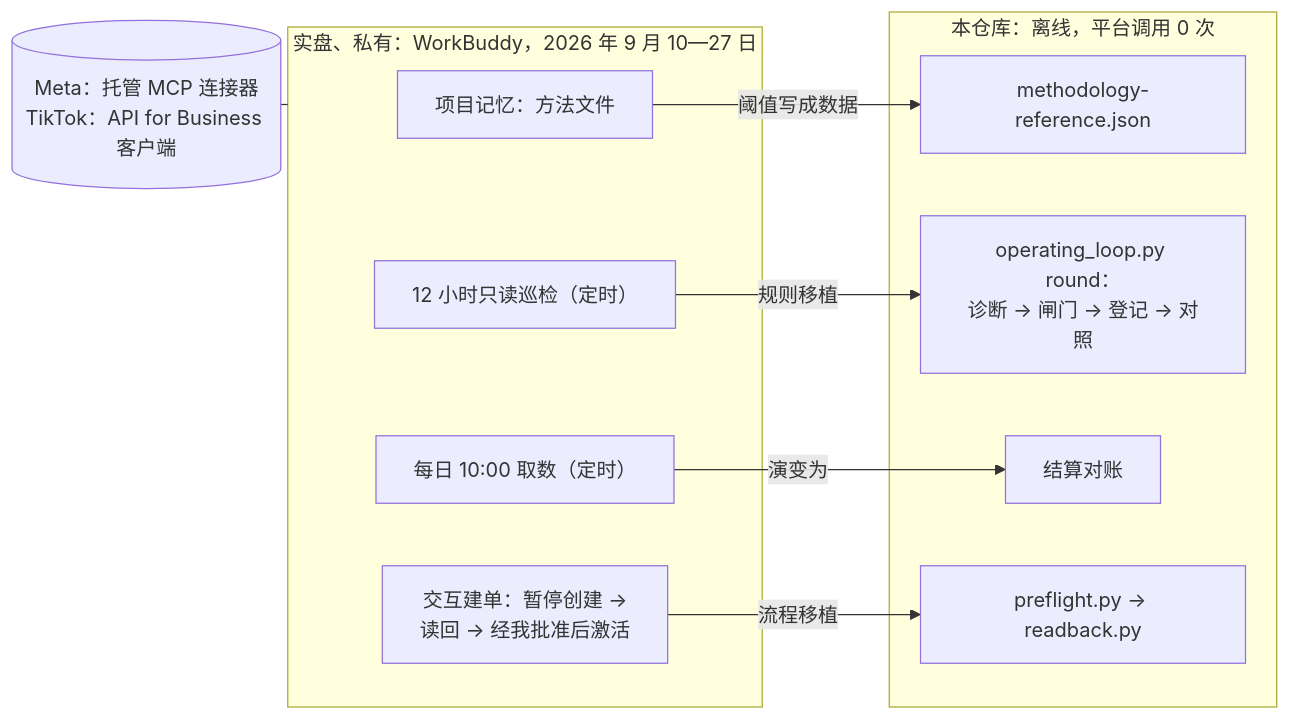
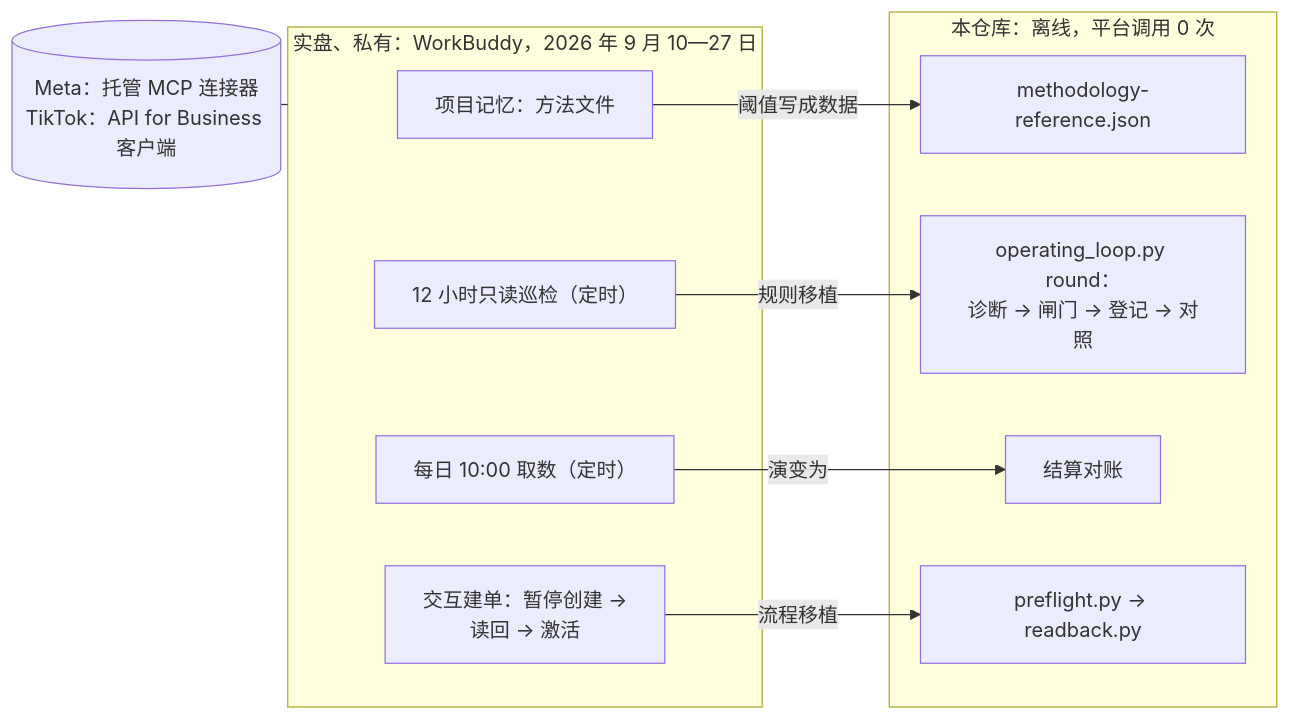
One commit to creator2000212-crypto/ad-ops-agent changed the second of 2 diagrams in README.zh-CN.md. Above: the diagram before and after it, drawn with Mermaid. The commit also changed other lines of this file and 77 other files, not shown here.

````diff
--- a/README.zh-CN.md
+++ b/README.zh-CN.md
@@ -110,20 +105,20 @@
 ```mermaid
 flowchart LR
     conn[("Meta：托管 MCP 连接器<br/>TikTok：API for Business 客户端")] --- live
     subgraph live["实盘、私有：WorkBuddy，2026 年 9 月 10—27 日"]
         mem["项目记忆：方法文件"]
         check["12 小时只读巡检（定时）"]
         pull["每日 10:00 取数（定时）"]
-        build["交互建单：暂停创建 →<br/>读回 → 经我批准后激活"]
+        build["交互建单：暂停创建 →<br/>读回 → 激活"]
     end
     subgraph repo["本仓库：离线，平台调用 0 次"]
         meth["methodology-reference.json"]
         round["operating_loop.py round：<br/>诊断 → 闸门 → 登记 → 对照"]
         recon["结算对账"]
         qa["preflight.py → readback.py"]
     end
     mem -- 阈值写成数据 --> meth
     check -- 规则移植 --> round
     pull -- 演变为 --> recon
     build -- 流程移植 --> qa
 ```
````
